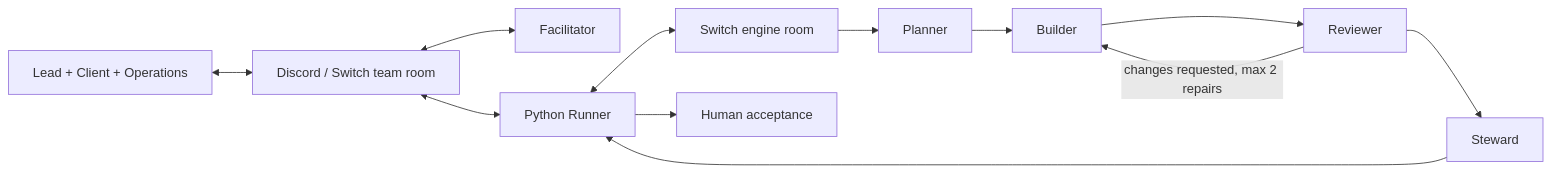
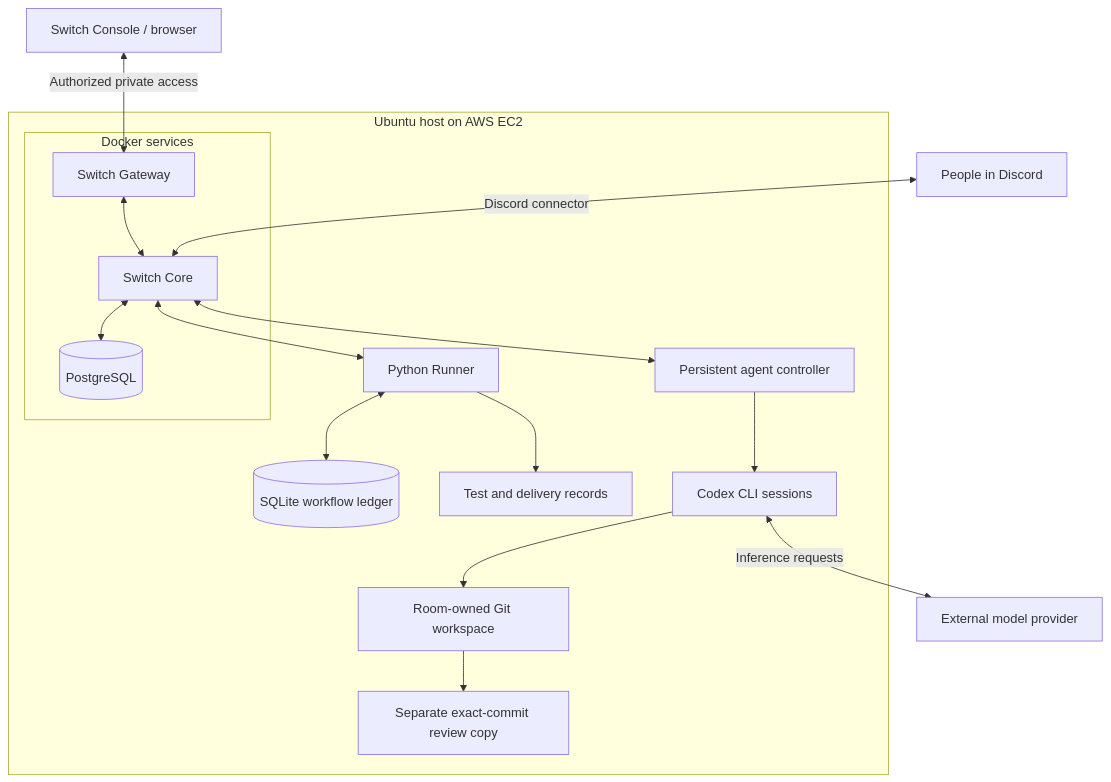
One commit to Pranay22077/pactroom changed the second of 2 diagrams in README.md. Above: the diagram before and after it, drawn with Mermaid. The commit also changed other lines of this file and 3 other files, not shown here.

Commit message:
Refresh project README with architecture and workflow screenshots

````diff
--- a/README.md
+++ b/README.md
@@ -22,11 +102,19 @@
 ```mermaid
-flowchart LR
-  People[Lead + Client + Operations] <--> Team[Discord / Switch team room]
-  Team <--> Facilitator
-  Team <--> Runner[Python Runner]
-  Runner <--> Engine[Switch engine room]
-  Engine --> Planner --> Builder --> Reviewer --> Steward
-  Reviewer -->|changes requested, max 2 repairs| Builder
-  Steward --> Runner
-  Runner --> Acceptance[Human acceptance]
+flowchart TB
+    Discord[People in Discord] <-->|Discord connector| Core
+    Console[Switch Console / browser] <-->|Authorized private access| Gateway
+    subgraph AWS[Ubuntu host on AWS EC2]
+        subgraph Docker[Docker services]
+            Gateway[Switch Gateway] <--> Core[Switch Core]
+            Core <--> Postgres[(PostgreSQL)]
+        end
+        Core <--> Runner[Python Runner]
+        Runner <--> Ledger[(SQLite workflow ledger)]
+        Core <--> Controller[Persistent agent controller]
+        Controller --> CLI[Codex CLI sessions]
+        CLI --> Workspace[Room-owned Git workspace]
+        Workspace --> Review[Separate exact-commit review copy]
+        Runner --> Evidence[Test and delivery records]
+    end
+    CLI <-->|Inference requests| Provider[External model provider]
 ```
````
